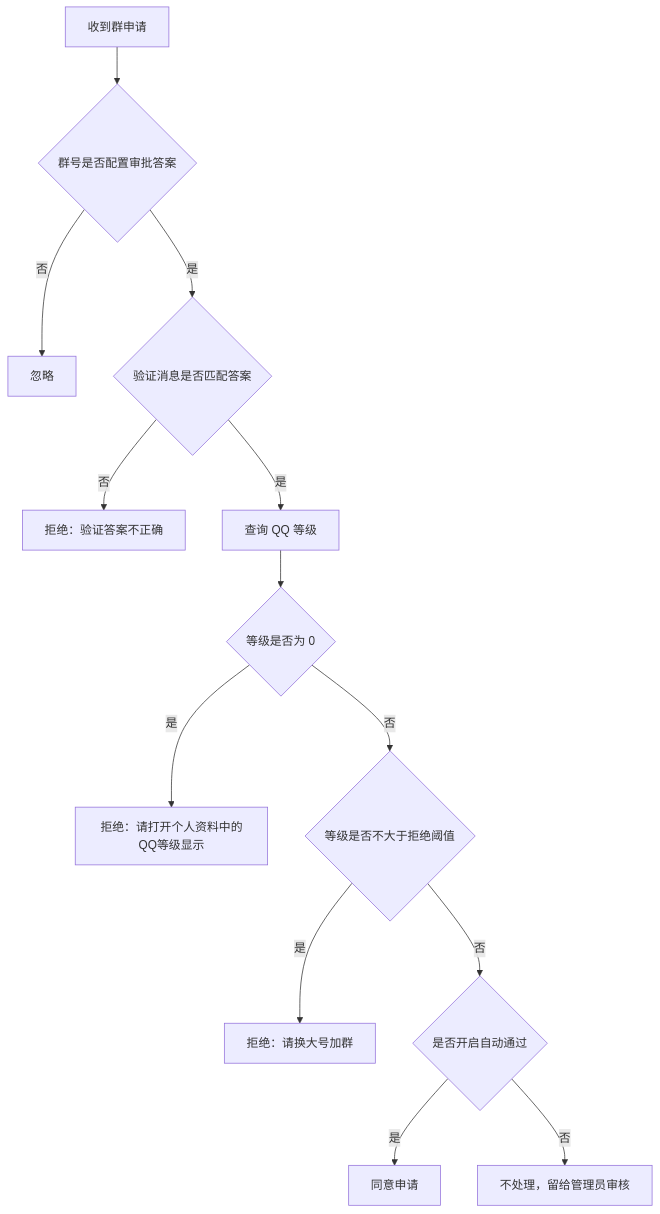
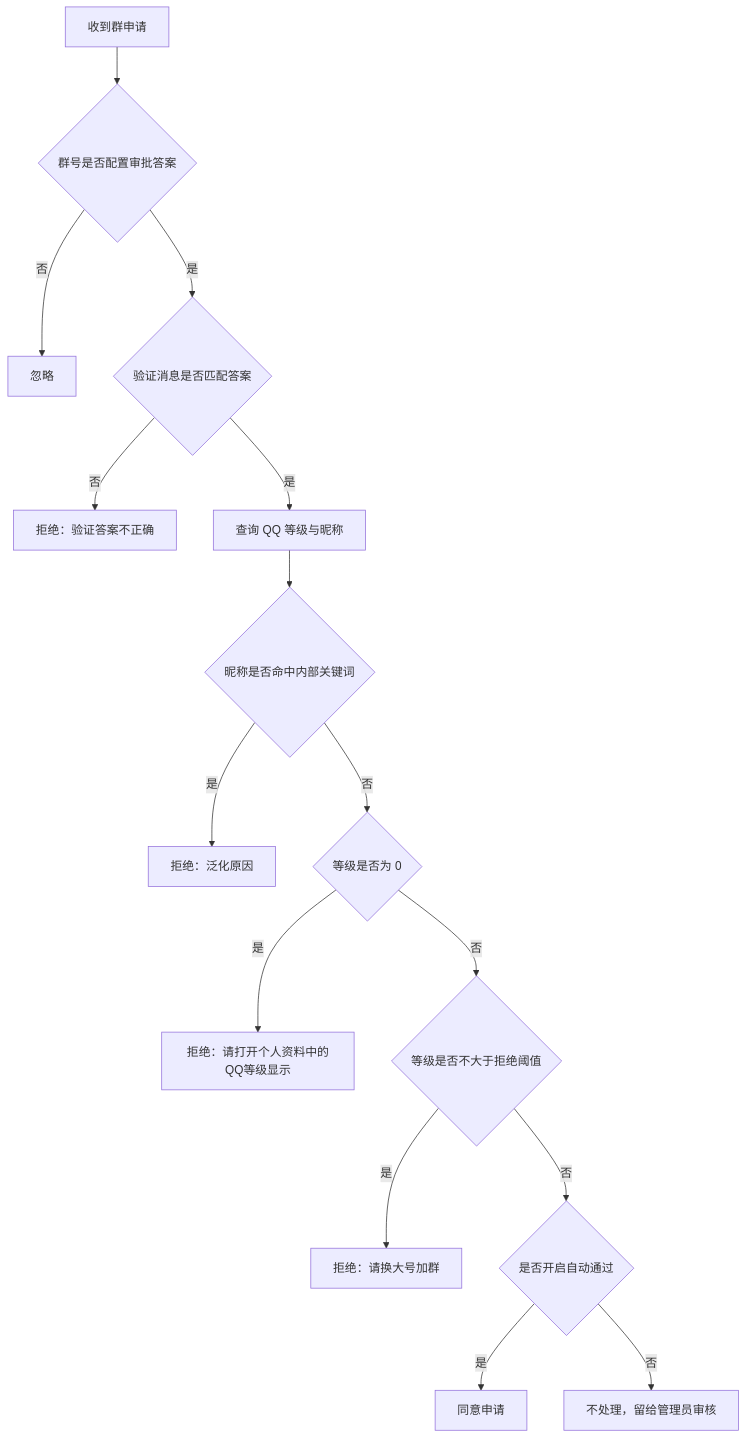
Before and after one commit to Catfish872/astrbot_plugin_groupJoinInspector: the diagram in README.md, drawn with Mermaid. The commit also changed other lines of this file and 3 other files, not shown here.

````diff
--- a/README.md
+++ b/README.md
@@ -21,15 +24,17 @@
 ```mermaid
 flowchart TD
     A[收到群申请] --> B{群号是否配置审批答案}
     B -->|否| C[忽略]
     B -->|是| D{验证消息是否匹配答案}
     D -->|否| E[拒绝：验证答案不正确]
-    D -->|是| F[查询 QQ 等级]
-    F --> G{等级是否为 0}
+    D -->|是| F[查询 QQ 等级与昵称]
+    F --> N{昵称是否命中内部关键词}
+    N -->|是| O[拒绝：泛化原因]
+    N -->|否| G{等级是否为 0}
     G -->|是| H[拒绝：请打开个人资料中的QQ等级显示]
     G -->|否| I{等级是否不大于拒绝阈值}
     I -->|是| J[拒绝：请换大号加群]
     I -->|否| K{是否开启自动通过}
     K -->|是| L[同意申请]
     K -->|否| M[不处理，留给管理员审核]
 ```
````
